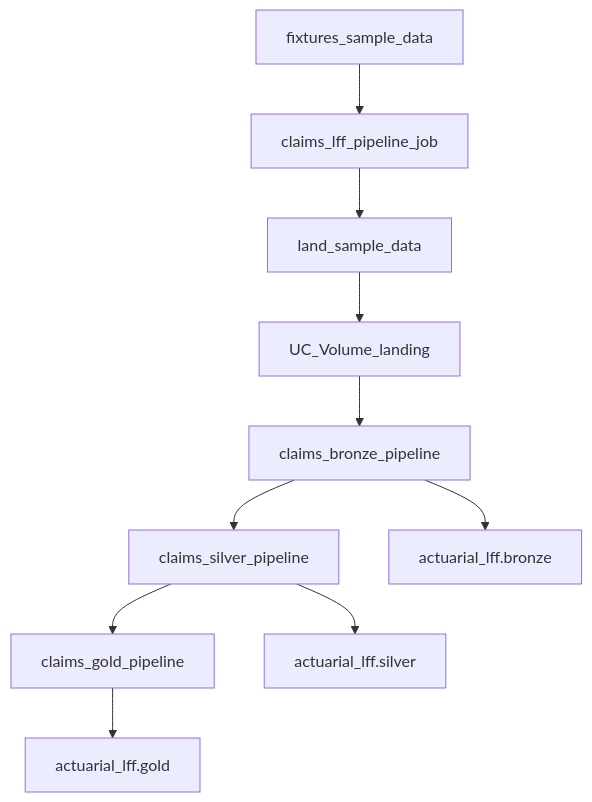
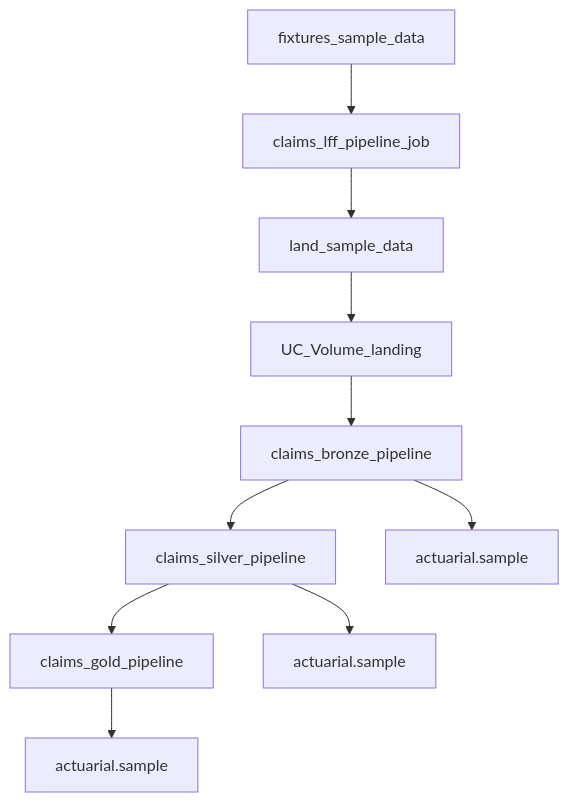
Before and after one commit to saurabhd2106/databricks-training: the diagram in claims_pipeline_lakeflowframework_sample/README.md, drawn with Mermaid. The commit also changed other lines of this file and 90 other files, not shown here.

````diff
--- a/claims_pipeline_lakeflowframework_sample/README.md
+++ b/claims_pipeline_lakeflowframework_sample/README.md
@@ -57,12 +57,12 @@
 ```mermaid
 flowchart TD
   fixtures[fixtures_sample_data] --> job[claims_lff_pipeline_job]
   job --> land[land_sample_data]
   land --> volume[UC_Volume_landing]
   volume --> bronze[claims_bronze_pipeline]
   bronze --> silver[claims_silver_pipeline]
   silver --> gold[claims_gold_pipeline]
-  bronze --> bronzeTables[actuarial_lff.bronze]
-  silver --> silverTables[actuarial_lff.silver]
-  gold --> goldTables[actuarial_lff.gold]
+  bronze --> bronzeTables[actuarial.sample]
+  silver --> silverTables[actuarial.sample]
+  gold --> goldTables[actuarial.sample]
 ```
````
